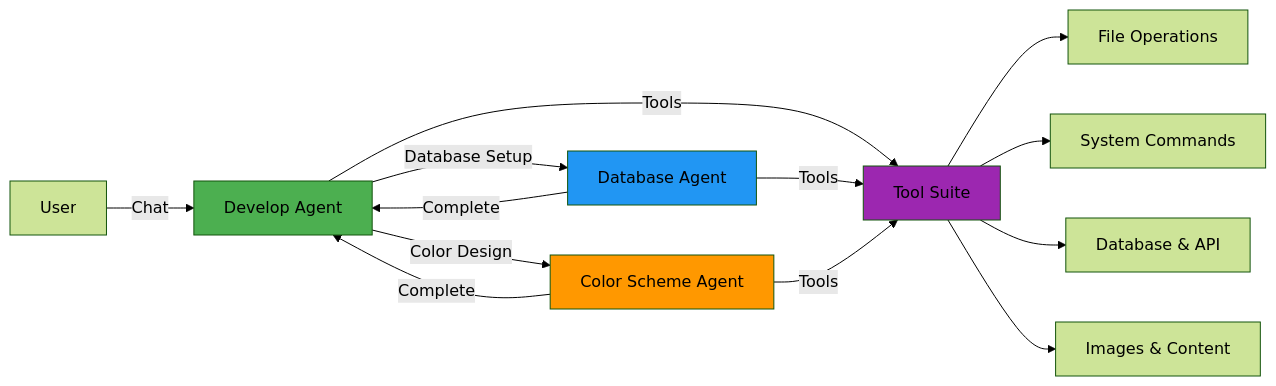
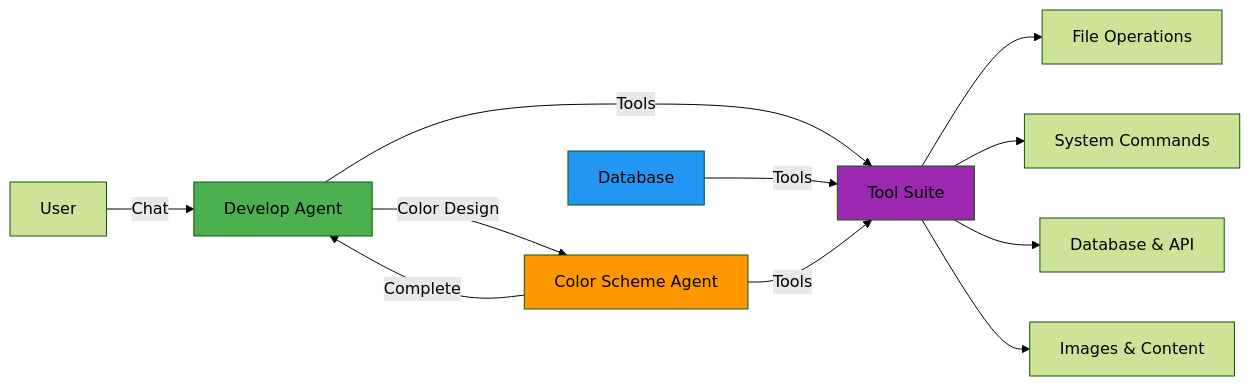
One commit to hsharif-godaddy/hackathon2026 changed the second of 10 diagrams in docs/security-threat-modeling.md. Above: the diagram before and after it, drawn with Mermaid (forest theme). The commit also changed other lines of this file and 14 other files, not shown here.

First line of the commit message:
refactor: remove Database Agent and related functionality (#790)

````diff
--- a/docs/security-threat-modeling.md
+++ b/docs/security-threat-modeling.md
@@ -71,24 +70,21 @@
 ```mermaid
 graph LR
     User[User] -->|Chat| Develop[Develop Agent]
-
-    Develop -->|Database Setup| Database[Database Agent]
-    Database -->|Complete| Develop
 
     Develop -->|Color Design| ColorScheme[Color Scheme Agent]
     ColorScheme -->|Complete| Develop
 
     Develop -->|Tools| ToolSuite[Tool Suite]
     Database -->|Tools| ToolSuite
     ColorScheme -->|Tools| ToolSuite
 
     ToolSuite --> Files[File Operations]
     ToolSuite --> System[System Commands]
     ToolSuite --> Backend[Database & API]
     ToolSuite --> Media[Images & Content]
 
     style Develop fill:#4caf50
     style Database fill:#2196f3
     style ColorScheme fill:#ff9800
     style ToolSuite fill:#9c27b0
 ```
````
